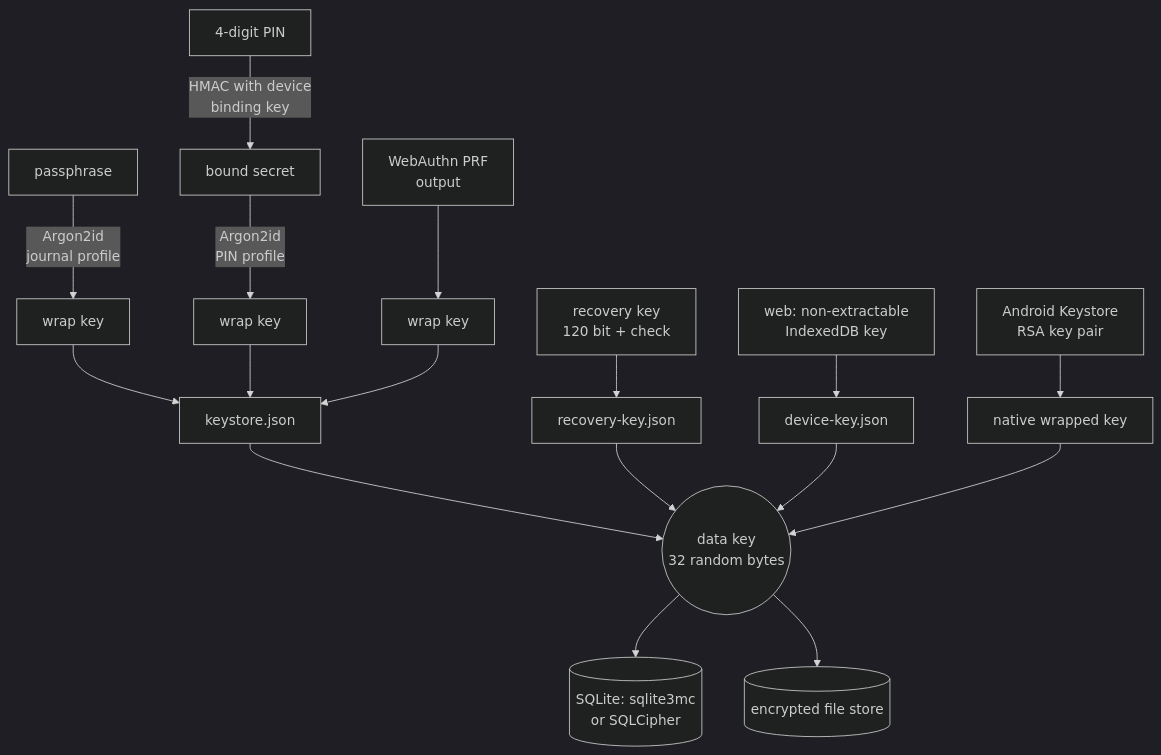
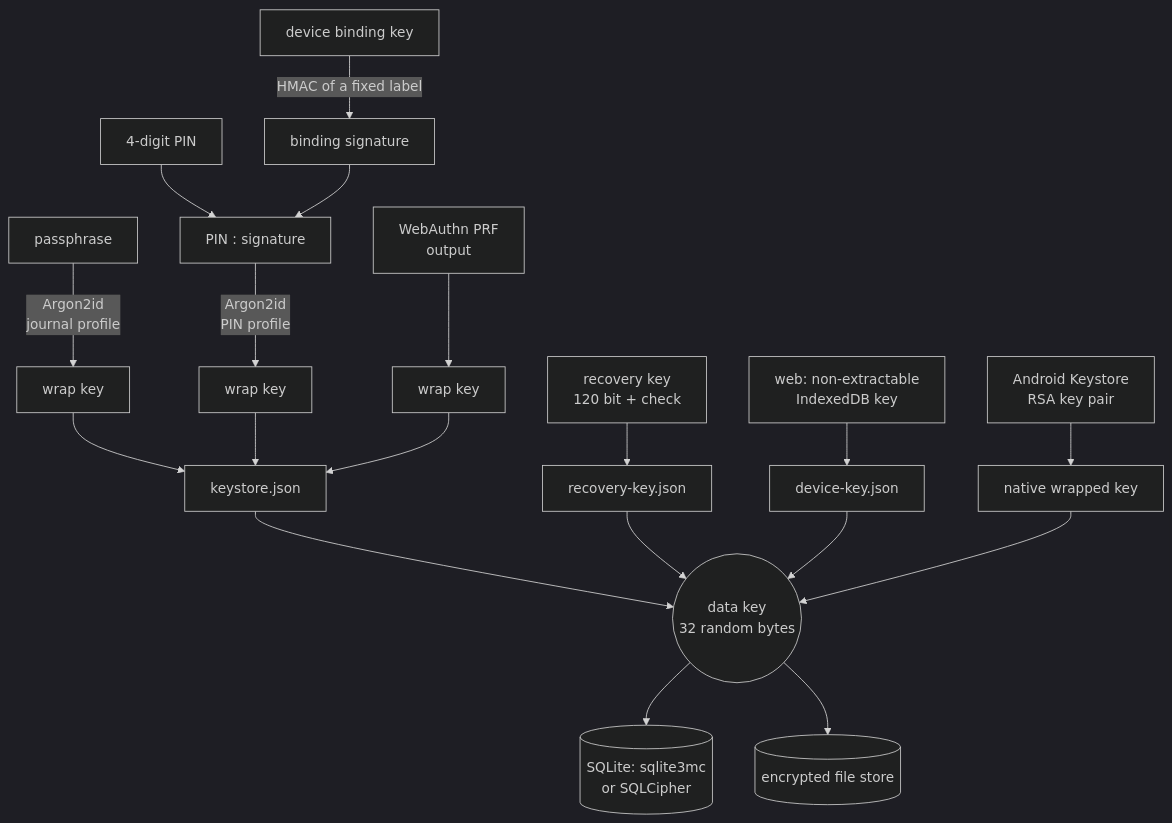
Before and after one commit to engender-app/engender: diagram 14 of 24 in docs/architecture.md, drawn with Mermaid (dark theme). The commit also changed other lines of this file, not shown here.

````diff
--- a/docs/architecture.md
+++ b/docs/architecture.md
@@ -473,19 +474,21 @@
 ```mermaid
 flowchart TD
   PP[passphrase] -->|"Argon2id<br/>journal profile"| WK1[wrap key]
-  PIN[4-digit PIN] -->|"HMAC with device<br/>binding key"| PB[bound secret]
+  DBK2[device binding key] -->|"HMAC of a fixed label"| SIG[binding signature]
+  PIN[4-digit PIN] --> PB["PIN : signature"]
+  SIG --> PB
   PB -->|"Argon2id<br/>PIN profile"| WK2[wrap key]
   BIO[WebAuthn PRF<br/>output] --> WK3[wrap key]
   WK1 --> KS[keystore.json]
   WK2 --> KS
   WK3 --> KS
   RK[recovery key<br/>120 bit + check] --> RW[recovery-key.json]
   DBK[web: non-extractable<br/>IndexedDB key] --> DB1[device-key.json]
   AKS[Android Keystore<br/>RSA key pair] --> DB2[native wrapped key]
   KS --> DK((data key<br/>32 random bytes))
   RW --> DK
   DB1 --> DK
   DB2 --> DK
   DK --> SQL[(SQLite: sqlite3mc<br/>or SQLCipher)]
   DK --> FS[(encrypted file store)]
 ```
````
